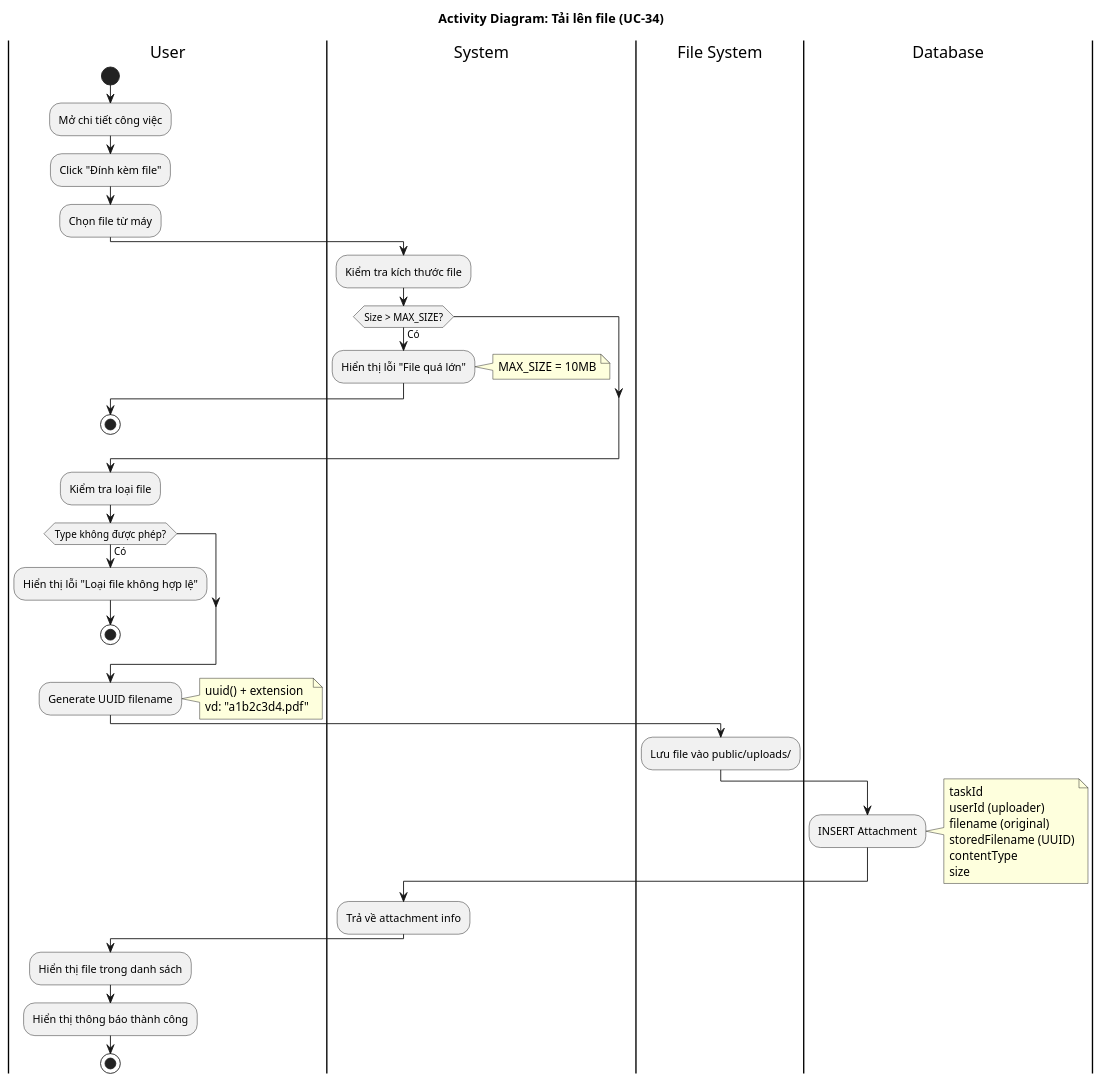
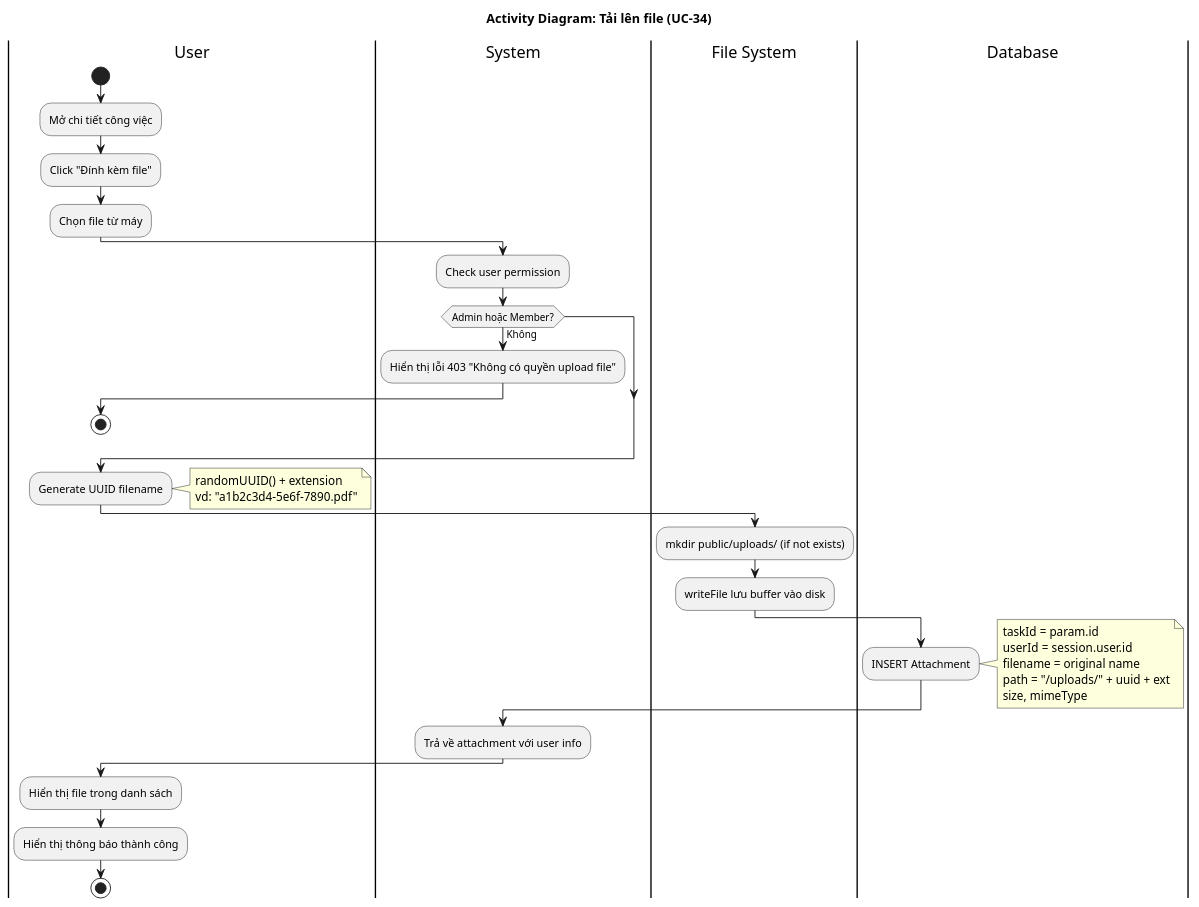
The diagram in docs/activity_diagram/10-upload-file.md (docuong039/worksphere), drawn with PlantUML before and after one commit. The commit also changed other lines of this file and 23 other files, not shown here.

````diff
--- a/docs/activity_diagram/10-upload-file.md
+++ b/docs/activity_diagram/10-upload-file.md
@@ -21,61 +21,50 @@
 ```plantuml
 @startuml
 title Activity Diagram: Tải lên file (UC-34)
 
 |User|
 start
 :Mở chi tiết công việc;
 :Click "Đính kèm file";
 :Chọn file từ máy;
 
 |System|
-:Kiểm tra kích thước file;
+:Check user permission;
 
-if (Size > MAX_SIZE?) then (Có)
-  :Hiển thị lỗi "File quá lớn";
-  note right
-    MAX_SIZE = 10MB
-  end note
-  |User|
-  stop
-endif
-
-:Kiểm tra loại file;
-
-if (Type không được phép?) then (Có)
-  :Hiển thị lỗi "Loại file không hợp lệ";
+if (Admin hoặc Member?) then (Không)
+  :Hiển thị lỗi 403 "Không có quyền upload file";
   |User|
   stop
 endif
 
 :Generate UUID filename;
 note right
-  uuid() + extension
-  vd: "a1b2c3d4.pdf"
+  randomUUID() + extension
+  vd: "a1b2c3d4-5e6f-7890.pdf"
 end note
 
 |File System|
-:Lưu file vào public/uploads/;
+:mkdir public/uploads/ (if not exists);
+:writeFile lưu buffer vào disk;
 
 |Database|
 :INSERT Attachment;
 note right
-  taskId
-  userId (uploader)
-  filename (original)
-  storedFilename (UUID)
-  contentType
-  size
+  taskId = param.id
+  userId = session.user.id
+  filename = original name
+  path = "/uploads/" + uuid + ext
+  size, mimeType
 end note
 
 |System|
-:Trả về attachment info;
+:Trả về attachment với user info;
 
 |User|
 :Hiển thị file trong danh sách;
 :Hiển thị thông báo thành công;
 
 stop
 
 @enduml
 ```
````
